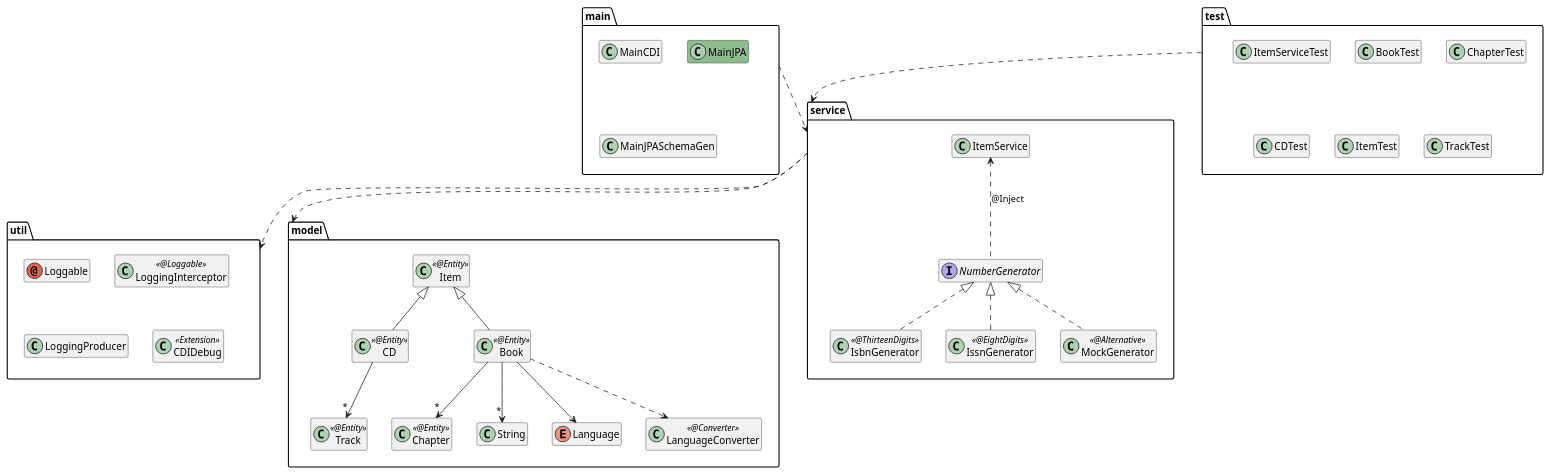
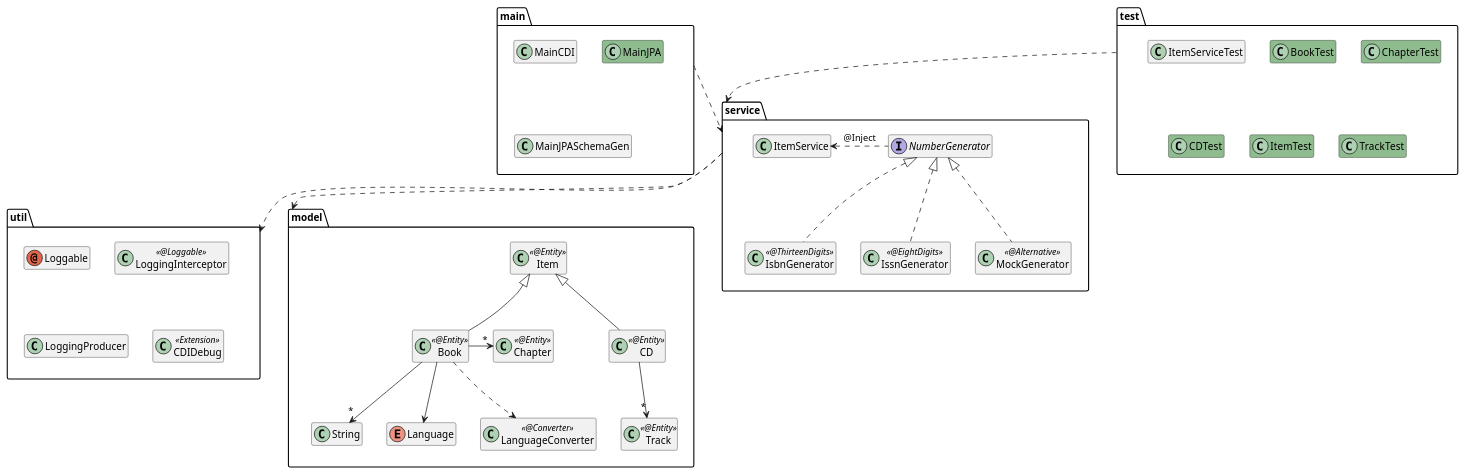
Before and after one commit to agoncal/agoncal-training-javaee7: the diagram in 06-JPA/demo06.puml, drawn with PlantUML. The commit also changed 29 other files, not shown here.

Commit message:
Updating diagrams

```diff
--- a/06-JPA/demo06.puml
+++ b/06-JPA/demo06.puml
@@ -1,63 +1,63 @@
 @startuml
 
 hide members
 
 package "main" {
     class MainCDI
     class MainJPA #8FBC8F
     class MainJPASchemaGen
 }
 package "test" {
     class ItemServiceTest
-    class BookTest
-    class ChapterTest
-    class CDTest 
-    class ItemTest
-    class TrackTest
+    class BookTest #8FBC8F
+    class ChapterTest #8FBC8F
+    class CDTest #8FBC8F
+    class ItemTest #8FBC8F
+    class TrackTest #8FBC8F
 }
 
 package "service" {
     interface NumberGenerator
     class IsbnGenerator << @ThirteenDigits >>
     class IssnGenerator << @EightDigits >>
     class MockGenerator << @Alternative >>
     class ItemService
 
-    ItemService <.. NumberGenerator : @Inject
+    ItemService <.right. NumberGenerator : @Inject
     NumberGenerator <|.. IsbnGenerator
     NumberGenerator <|.. IssnGenerator
     NumberGenerator <|.. MockGenerator
 }
 
 package "model" {
     class Item << @Entity >>
     class CD << @Entity >>
     class Track << @Entity >>
     class Chapter << @Entity >>
     class Book << @Entity >>
     class String
     enum Language
     class LanguageConverter << @Converter >>
 
     Item <|-- CD
     Item <|-- Book
     CD --> "*" Track
     Book --> "*" String
-    Book --> "*" Chapter
+    Book -right-> "*" Chapter
     Book --> Language
     Book ..> LanguageConverter
 }
 
 package "util" {
     annotation Loggable
     class LoggingInterceptor << @Loggable >>
     class LoggingProducer
     class CDIDebug << Extension >>
 }
 
 main ..> service
 test ..> service
 service ..> model
 service ..> util
 
 @enduml
```
